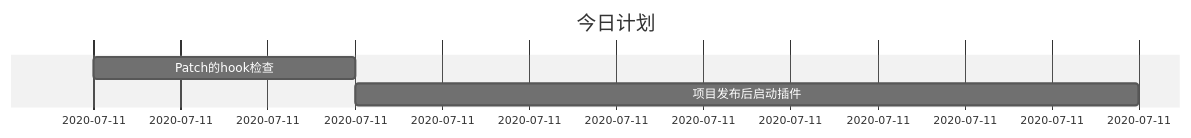
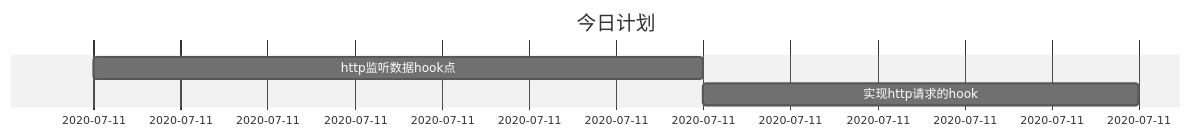
One commit to luotianqi777/Notebook changed the second of 2 diagrams in Plan.md. Above: the diagram before and after it, drawn with Mermaid (neutral theme). The commit also changed other lines of this file and 1 other file, not shown here.

````diff
--- a/Plan.md
+++ b/Plan.md
@@ -20,7 +20,7 @@
 ```mermaid
 gantt
 dateFormat  HH:mm
 title 今日计划
-Patch的hook检查: 09:00,12:00
-项目发布后启动插件: 12:00,21:00
+http监听数据hook点: 09:00, 16:00
+实现http请求的hook: 16:00, 21:00
 ```
````
